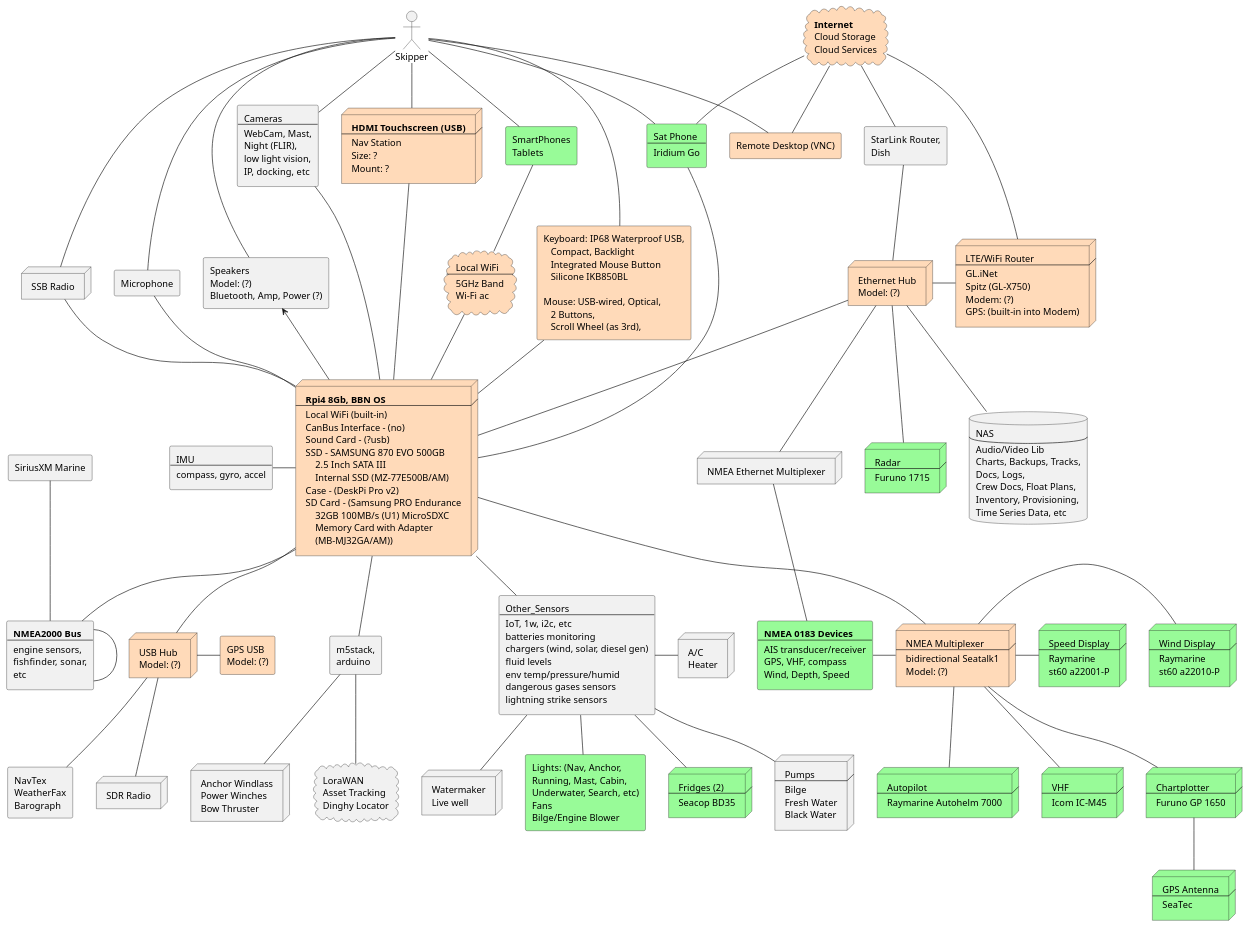
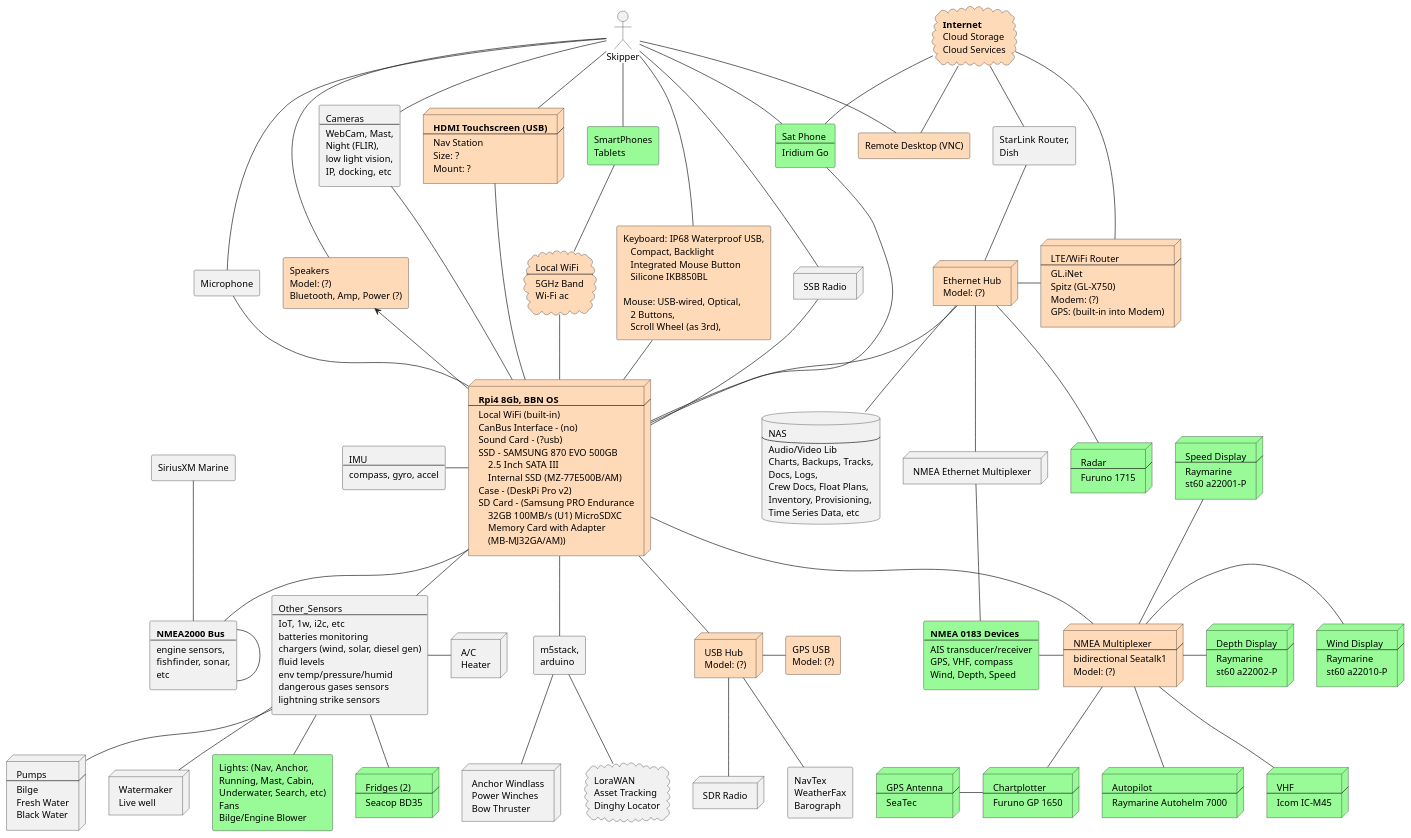
The diagram in docs/plantuml/alcazar-system-arch.puml (SY-Alcazar/SY-Alcazar), drawn with PlantUML before and after one commit.

Commit message:
alcazar system arch

```diff
--- a/docs/plantuml/alcazar-system-arch.puml
+++ b/docs/plantuml/alcazar-system-arch.puml
@@ -120,7 +120,7 @@
  Mount: ?
 ]
 
-rectangle Speakers [
+rectangle Speakers #peachpuff [
  Speakers
  Model: (?)
  Bluetooth, Amp, Power (?)
@@ -253,6 +253,13 @@
  st60 a22001-P
 ]
 
+node Dash_3 #palegreen [
+ Depth Display
+ ----
+ Raymarine
+ st60 a22002-P
+]
+
 node Fridge #palegreen [
  Fridges (2)
  ----
@@ -325,9 +332,10 @@
 NMEA_Mux -- VHF
 NMEA_Mux -- Chartplotter
 NMEA_Mux -r- Dash_1
-NMEA_Mux -r- Dash_2
+NMEA_Mux -u- Dash_2
+NMEA_Mux -r- Dash_3
 
-Chartplotter -- GPS_Ant
+Chartplotter -l- GPS_Ant
 
 Esp32 -- Lora
 Esp32 -- Winches
```
